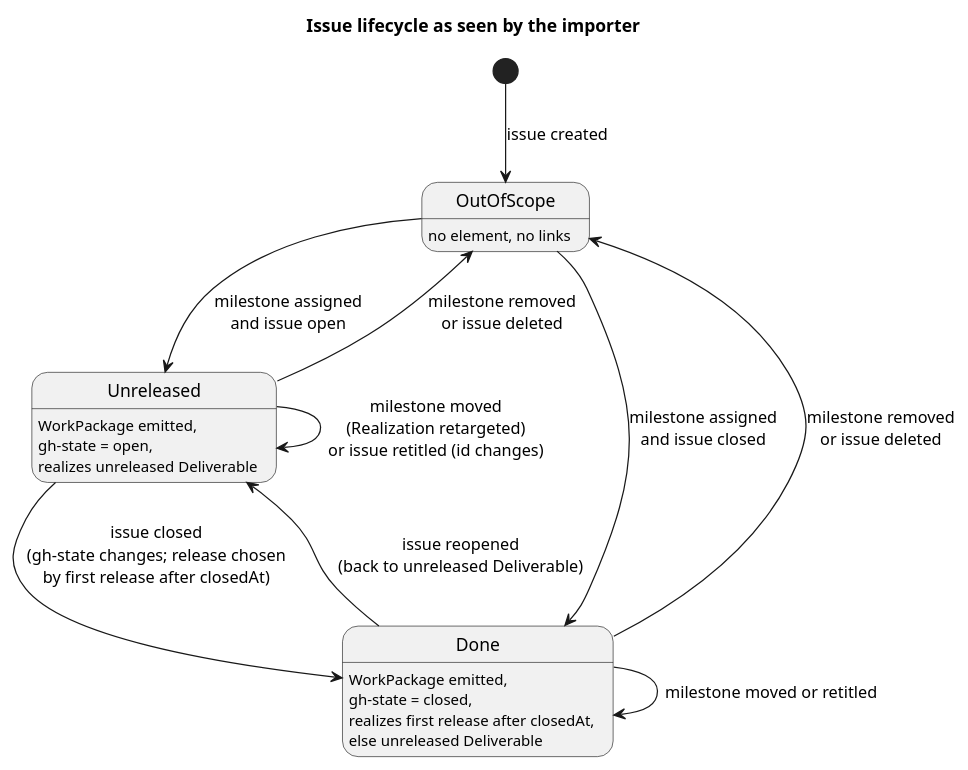
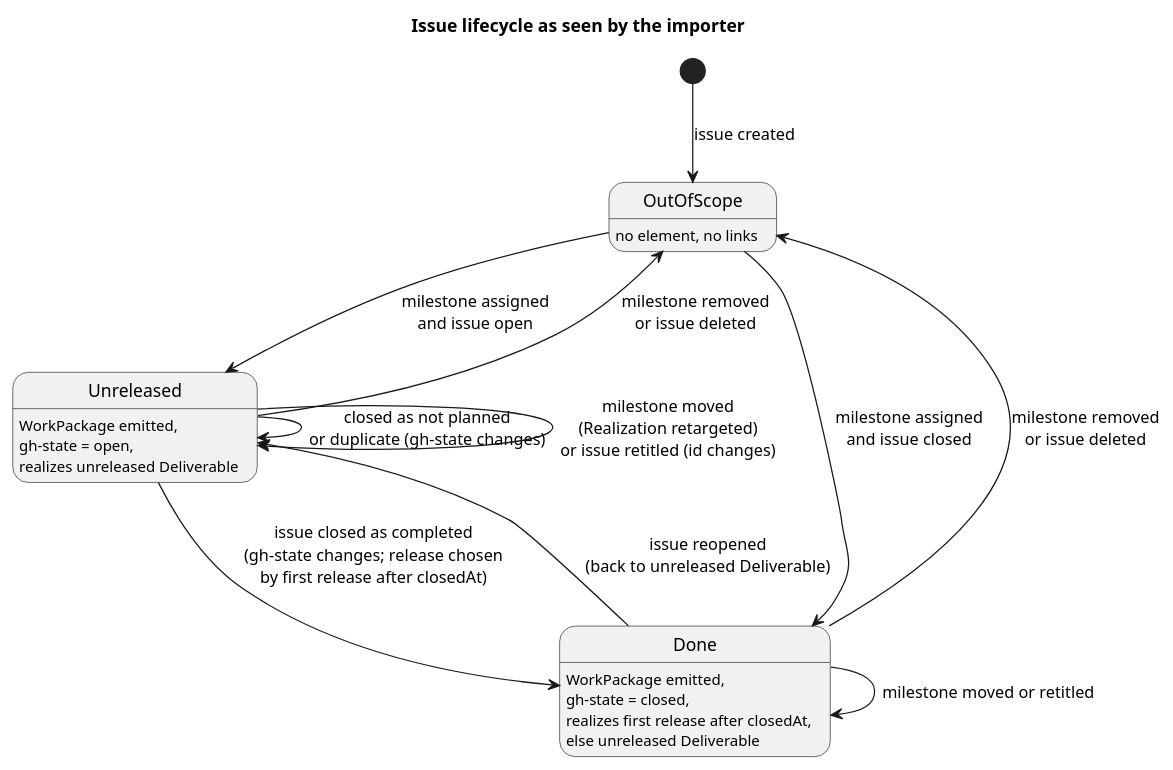
Before and after one commit to wolffy-au/frictionless-architect: the second of 2 diagrams in specs/003-gh-roadmap-archimate/data-model.md, drawn with PlantUML. The commit also changed other lines of this file and 5 other files, not shown here.

First line of the commit message:
fix(model): link closed issues to the first release after they close

````diff
--- a/specs/003-gh-roadmap-archimate/data-model.md
+++ b/specs/003-gh-roadmap-archimate/data-model.md
@@ -207,20 +214,21 @@
 ```plantuml
 @startuml
 title Issue lifecycle as seen by the importer
 hide empty description
 
 [*] --> OutOfScope : issue created
 OutOfScope --> Unreleased : milestone assigned\nand issue open
 OutOfScope --> Done : milestone assigned\nand issue closed
-Unreleased --> Done : issue closed\n(gh-state changes; release chosen\nby first release after closedAt)
+Unreleased --> Done : issue closed as completed\n(gh-state changes; release chosen\nby first release after closedAt)
+Unreleased --> Unreleased : closed as not planned\nor duplicate (gh-state changes)
 Done --> Unreleased : issue reopened\n(back to unreleased Deliverable)
 Unreleased --> Unreleased : milestone moved\n(Realization retargeted)\nor issue retitled (id changes)
 Done --> Done : milestone moved or retitled
 Unreleased --> OutOfScope : milestone removed\nor issue deleted
 Done --> OutOfScope : milestone removed\nor issue deleted
 
 state OutOfScope : no element, no links
 state Unreleased : WorkPackage emitted,\ngh-state = open,\nrealizes unreleased Deliverable
 state Done : WorkPackage emitted,\ngh-state = closed,\nrealizes first release after closedAt,\nelse unreleased Deliverable
 @enduml
 ```
````
